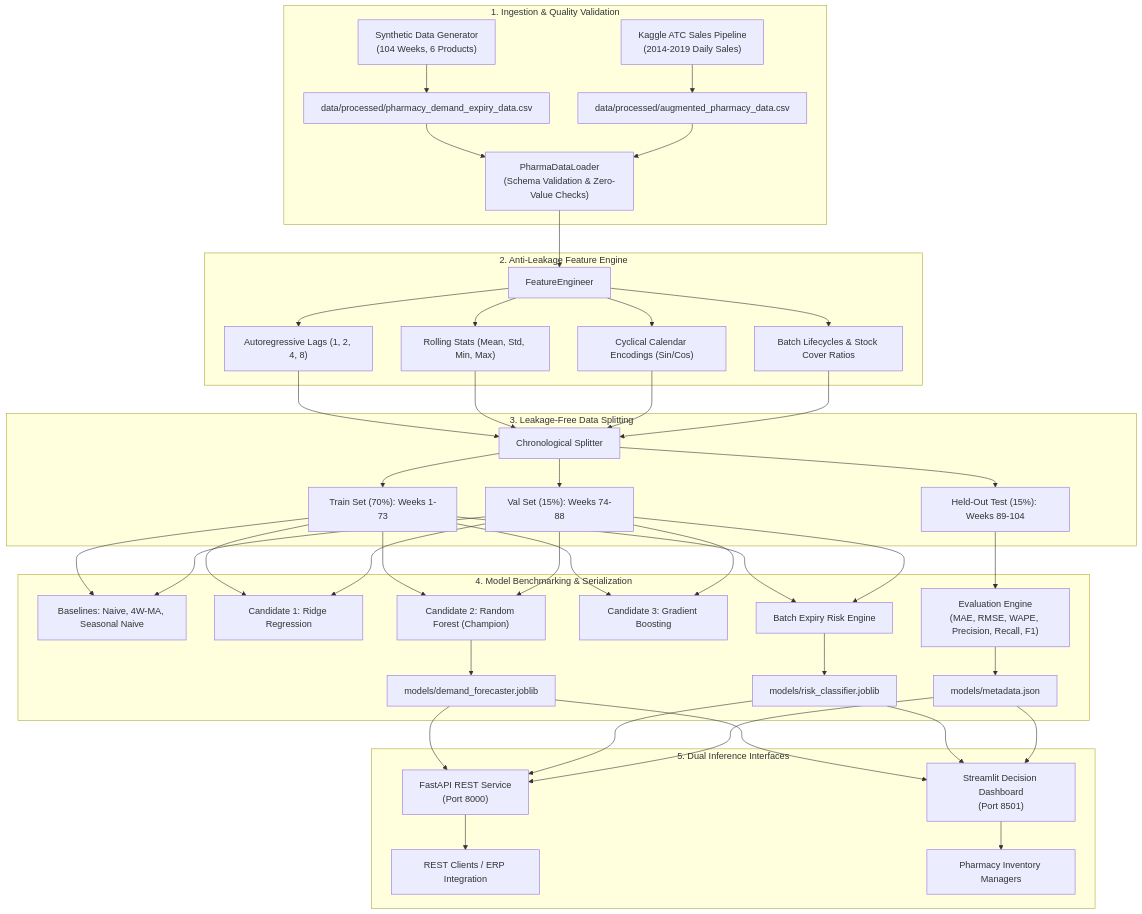
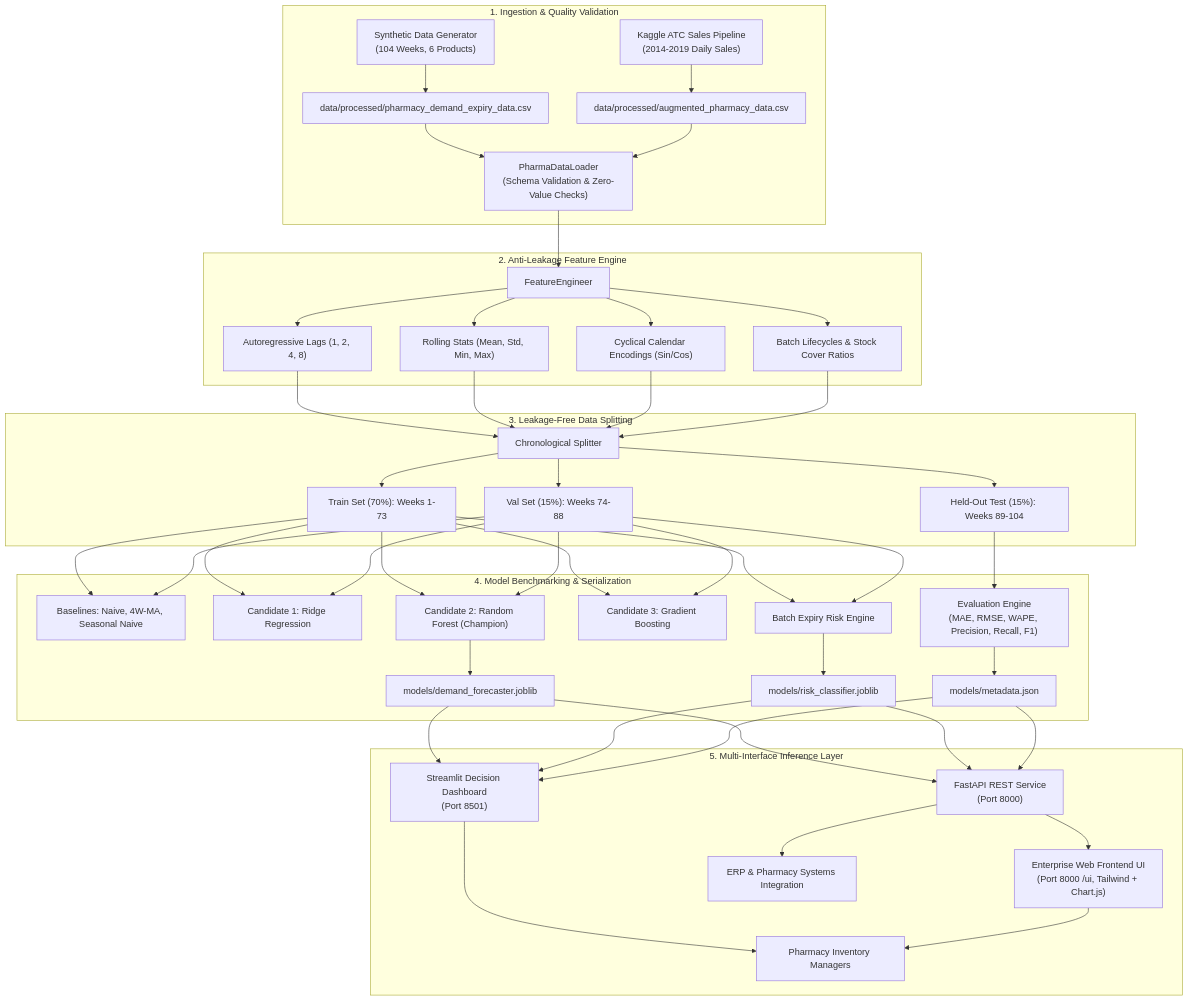
The first of 2 diagrams in docs/ARCHITECTURE.md (charan1835/Algions), drawn with Mermaid before and after one commit. The commit also changed other lines of this file and 5 other files, not shown here.

````diff
--- a/docs/ARCHITECTURE.md
+++ b/docs/ARCHITECTURE.md
@@ -10,43 +10,44 @@
 ```mermaid
 flowchart TD
     subgraph Data_Pipeline["1. Ingestion & Quality Validation"]
         A["Synthetic Data Generator<br/>(104 Weeks, 6 Products)"] --> B["data/processed/pharmacy_demand_expiry_data.csv"]
         C["Kaggle ATC Sales Pipeline<br/>(2014-2019 Daily Sales)"] --> D["data/processed/augmented_pharmacy_data.csv"]
         B --> E["PharmaDataLoader<br/>(Schema Validation & Zero-Value Checks)"]
         D --> E
     end
 
     subgraph Feature_Engineering["2. Anti-Leakage Feature Engine"]
         E --> F["FeatureEngineer"]
         F --> G["Autoregressive Lags (1, 2, 4, 8)"]
         F --> H["Rolling Stats (Mean, Std, Min, Max)"]
         F --> I["Cyclical Calendar Encodings (Sin/Cos)"]
         F --> J["Batch Lifecycles & Stock Cover Ratios"]
     end
 
     subgraph Chronological_Split["3. Leakage-Free Data Splitting"]
         G & H & I & J --> K["Chronological Splitter"]
         K --> L["Train Set (70%): Weeks 1-73"]
         K --> M["Val Set (15%): Weeks 74-88"]
         K --> N["Held-Out Test (15%): Weeks 89-104"]
     end
 
     subgraph Model_Development["4. Model Benchmarking & Serialization"]
         L & M --> O["Baselines: Naive, 4W-MA, Seasonal Naive"]
         L & M --> P["Candidate 1: Ridge Regression"]
         L & M --> Q["Candidate 2: Random Forest (Champion)"]
         L & M --> R["Candidate 3: Gradient Boosting"]
         L & M --> S["Batch Expiry Risk Engine"]
         N --> T["Evaluation Engine<br/>(MAE, RMSE, WAPE, Precision, Recall, F1)"]
         Q --> U["models/demand_forecaster.joblib"]
         S --> V["models/risk_classifier.joblib"]
         T --> W["models/metadata.json"]
     end
 
-    subgraph Inference_Layer["5. Dual Inference Interfaces"]
+    subgraph Inference_Layer["5. Multi-Interface Inference Layer"]
         U & V & W --> X["FastAPI REST Service<br/>(Port 8000)"]
         U & V & W --> Y["Streamlit Decision Dashboard<br/>(Port 8501)"]
-        X --> Z["REST Clients / ERP Integration"]
-        Y --> AA["Pharmacy Inventory Managers"]
+        X --> Z["Enterprise Web Frontend UI<br/>(Port 8000 /ui, Tailwind + Chart.js)"]
+        X --> AA["ERP & Pharmacy Systems Integration"]
+        Y & Z --> AB["Pharmacy Inventory Managers"]
     end
 ```
````
